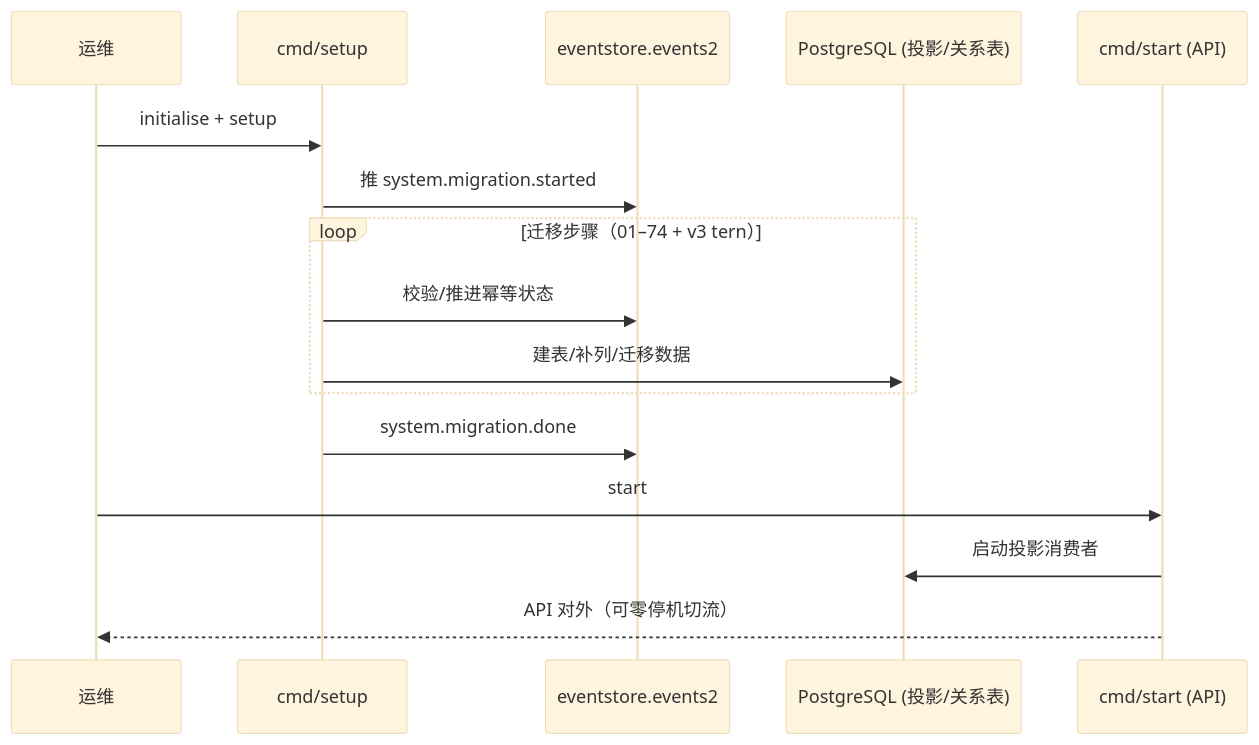
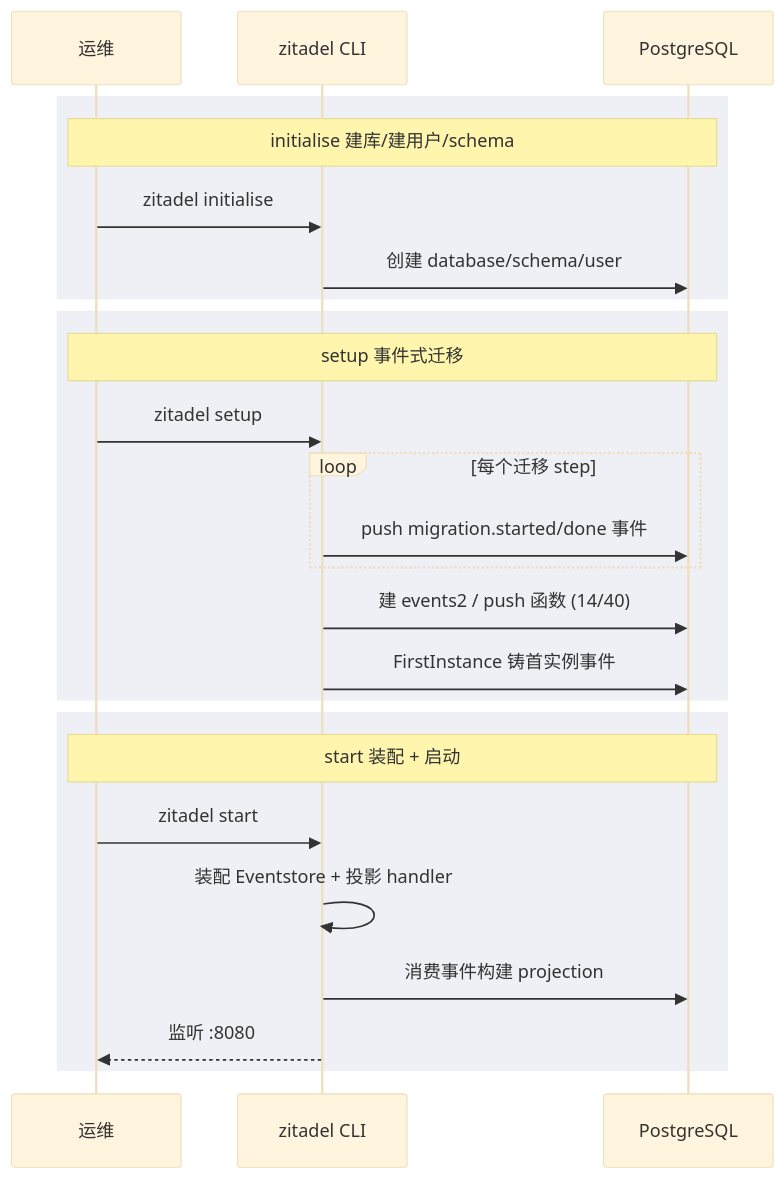
One commit to morehao/oss-insights changed the second of 2 diagrams in auth/zitadel/README.md. Above: the diagram before and after it, drawn with Mermaid (base theme). The commit also changed other lines of this file and 8 other files, not shown here.

````diff
--- a/auth/zitadel/README.md
+++ b/auth/zitadel/README.md
@@ -107,19 +111,30 @@
 ```mermaid
 sequenceDiagram
-    participant Op as 运维
-    participant Setup as cmd/setup
-    participant ES as eventstore.events2
-    participant DB as PostgreSQL (投影/关系表)
-    participant Start as cmd/start (API)
+    participant U as 运维
+    participant Z as zitadel CLI
+    participant DB as PostgreSQL
 
-    Op->>Setup: initialise + setup
-    Setup->>ES: 推 system.migration.started
-    loop 迁移步骤（01–74 + v3 tern）
-        Setup->>ES: 校验/推进幂等状态
-        Setup->>DB: 建表/补列/迁移数据
+    rect rgb(238,240,245)
+        Note over U,DB: initialise 建库/建用户/schema
+        U->>Z: zitadel initialise
+        Z->>DB: 创建 database/schema/user
     end
-    Setup->>ES: system.migration.done
-    Op->>Start: start
-    Start->>DB: 启动投影消费者
-    Start-->>Op: API 对外（可零停机切流）
+
+    rect rgb(238,240,245)
+        Note over U,DB: setup 事件式迁移
+        U->>Z: zitadel setup
+        loop 每个迁移 step
+            Z->>DB: push migration.started/done 事件
+        end
+        Z->>DB: 建 events2 / push 函数 (14/40)
+        Z->>DB: FirstInstance 铸首实例事件
+    end
+
+    rect rgb(238,240,245)
+        Note over U,DB: start 装配 + 启动
+        U->>Z: zitadel start
+        Z->>Z: 装配 Eventstore + 投影 handler
+        Z->>DB: 消费事件构建 projection
+        Z-->>U: 监听 :8080
+    end
 ```
````
